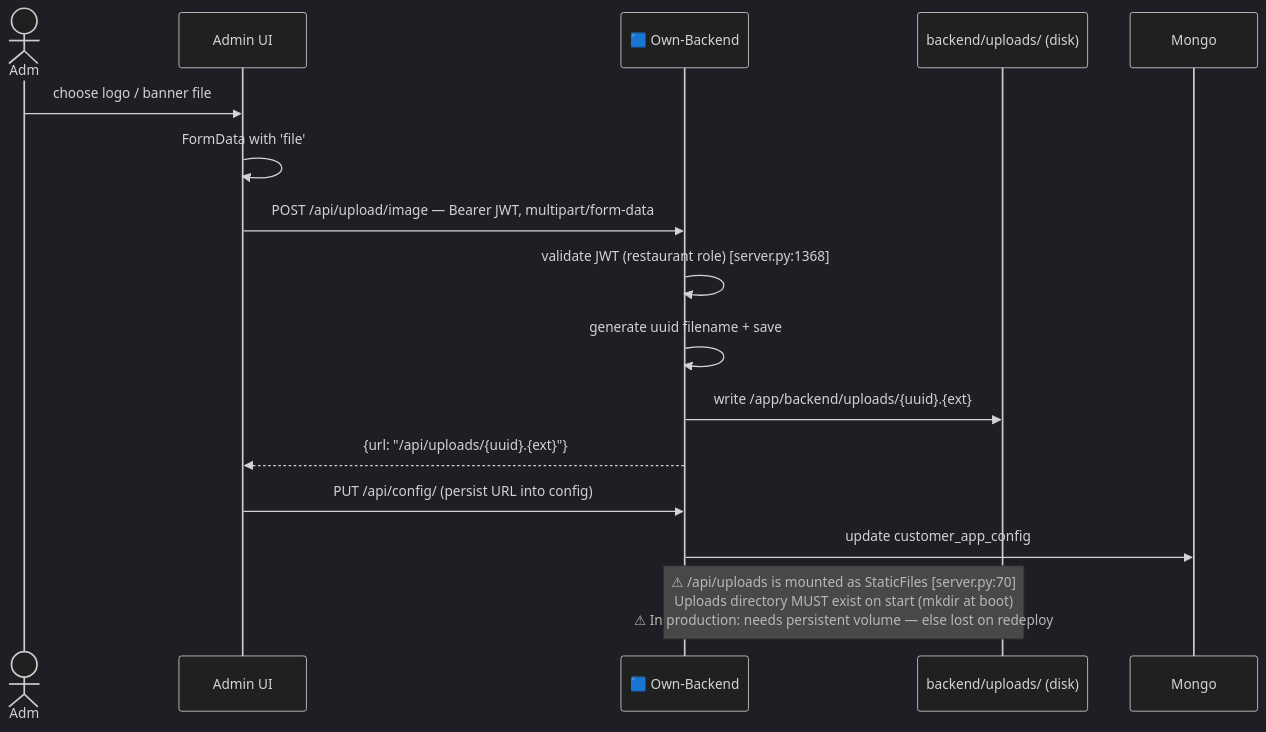
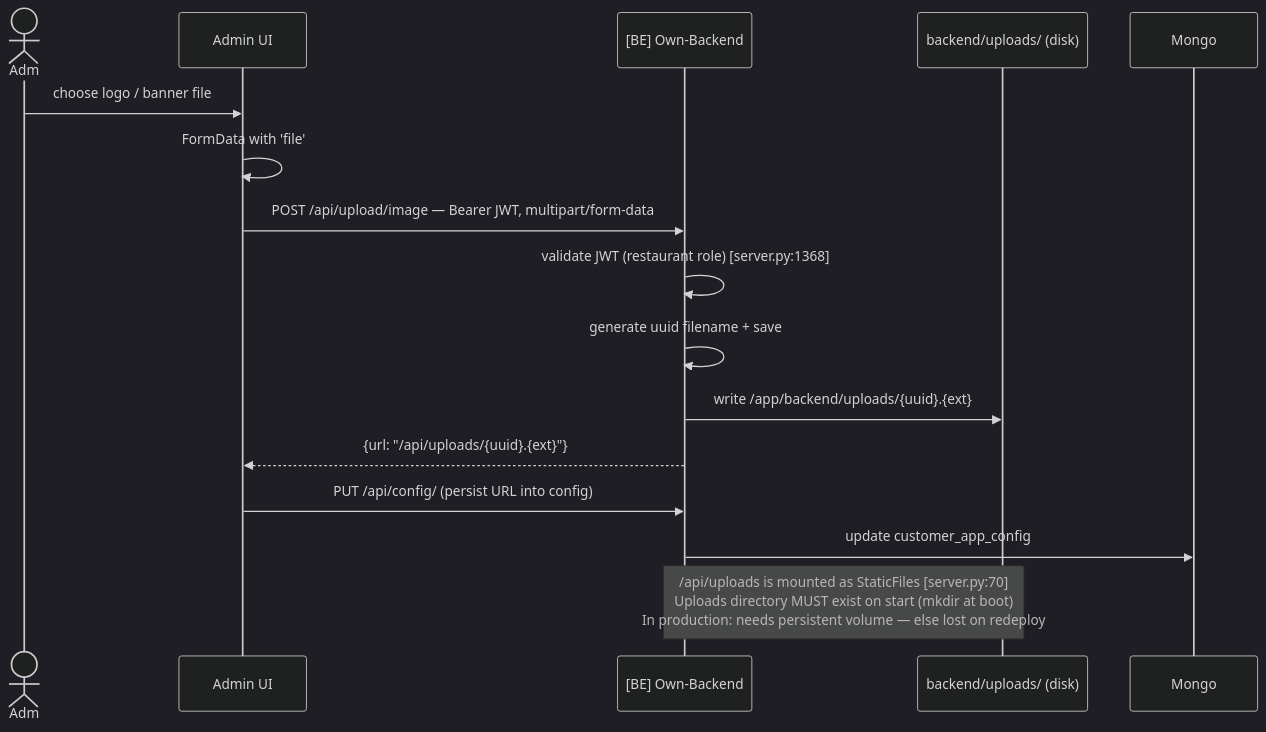
The eighth of 9 diagrams in memory_repo/current-state/DATA_FLOW_DIAGRAM_2026-02.md (Abhi-mygenie/customer-app5th-march), drawn with Mermaid (dark theme) before and after one commit. The commit also changed other lines of this file and 3 other files, not shown here.

````diff
--- a/memory_repo/current-state/DATA_FLOW_DIAGRAM_2026-02.md
+++ b/memory_repo/current-state/DATA_FLOW_DIAGRAM_2026-02.md
@@ -374,20 +377,20 @@
 ```mermaid
 sequenceDiagram
     actor Adm
     participant UI as Admin UI
-    participant BE as 🟦 Own-Backend
+    participant BE as [BE] Own-Backend
     participant FS as backend/uploads/ (disk)
 
     Adm->>UI: choose logo / banner file
     UI->>UI: FormData with 'file'
     UI->>BE: POST /api/upload/image — Bearer JWT, multipart/form-data
     BE->>BE: validate JWT (restaurant role) [server.py:1368]
     BE->>BE: generate uuid filename + save
     BE->>FS: write /app/backend/uploads/{uuid}.{ext}
     BE-->>UI: {url: "/api/uploads/{uuid}.{ext}"}
 
     UI->>BE: PUT /api/config/ (persist URL into config)
     BE->>Mongo: update customer_app_config
 
-    Note over BE,FS: ⚠ /api/uploads is mounted as StaticFiles [server.py:70]<br/>Uploads directory MUST exist on start (mkdir at boot)<br/>⚠ In production: needs persistent volume — else lost on redeploy
+    Note over BE,FS:  /api/uploads is mounted as StaticFiles [server.py:70]<br/>Uploads directory MUST exist on start (mkdir at boot)<br/> In production: needs persistent volume — else lost on redeploy
 ```
````
